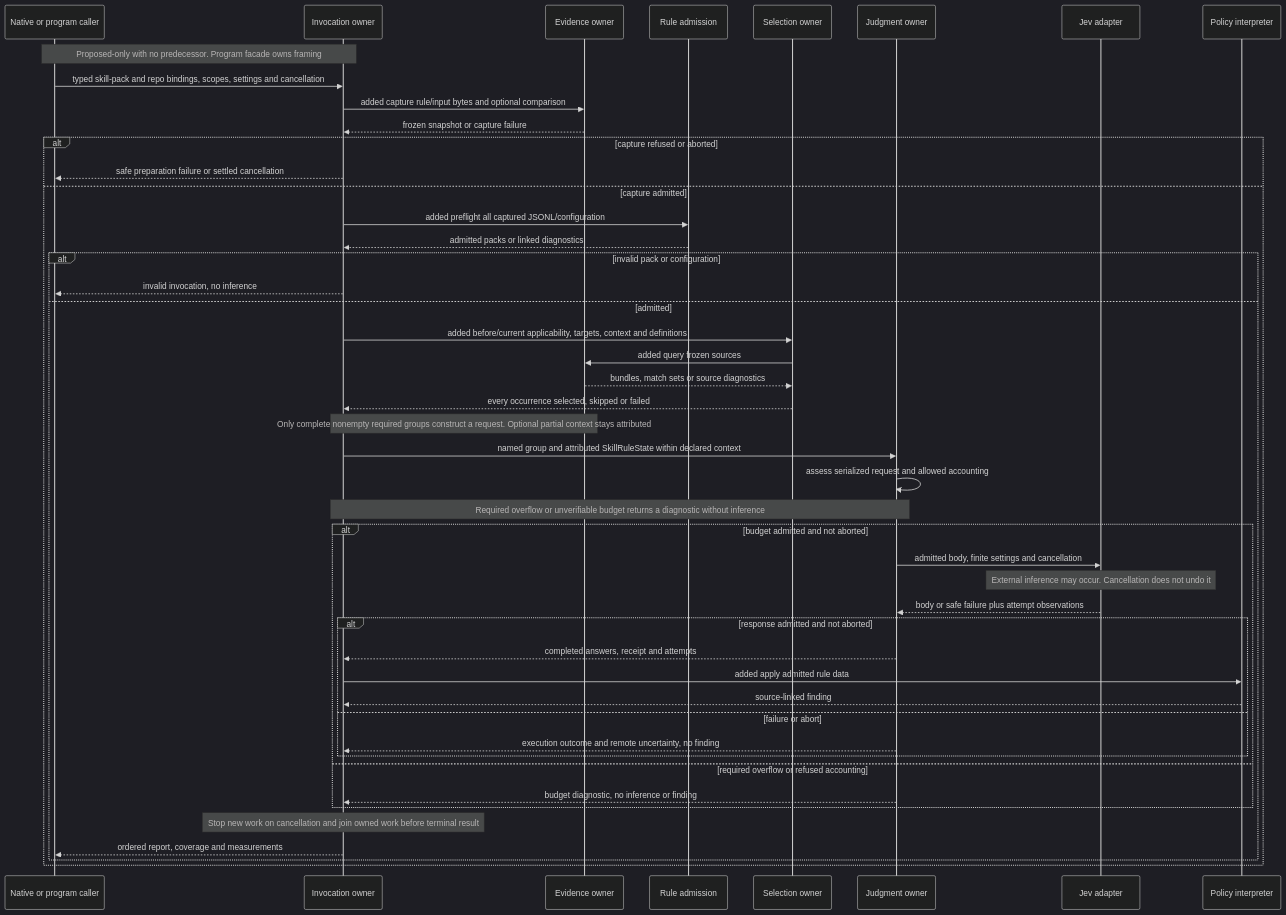
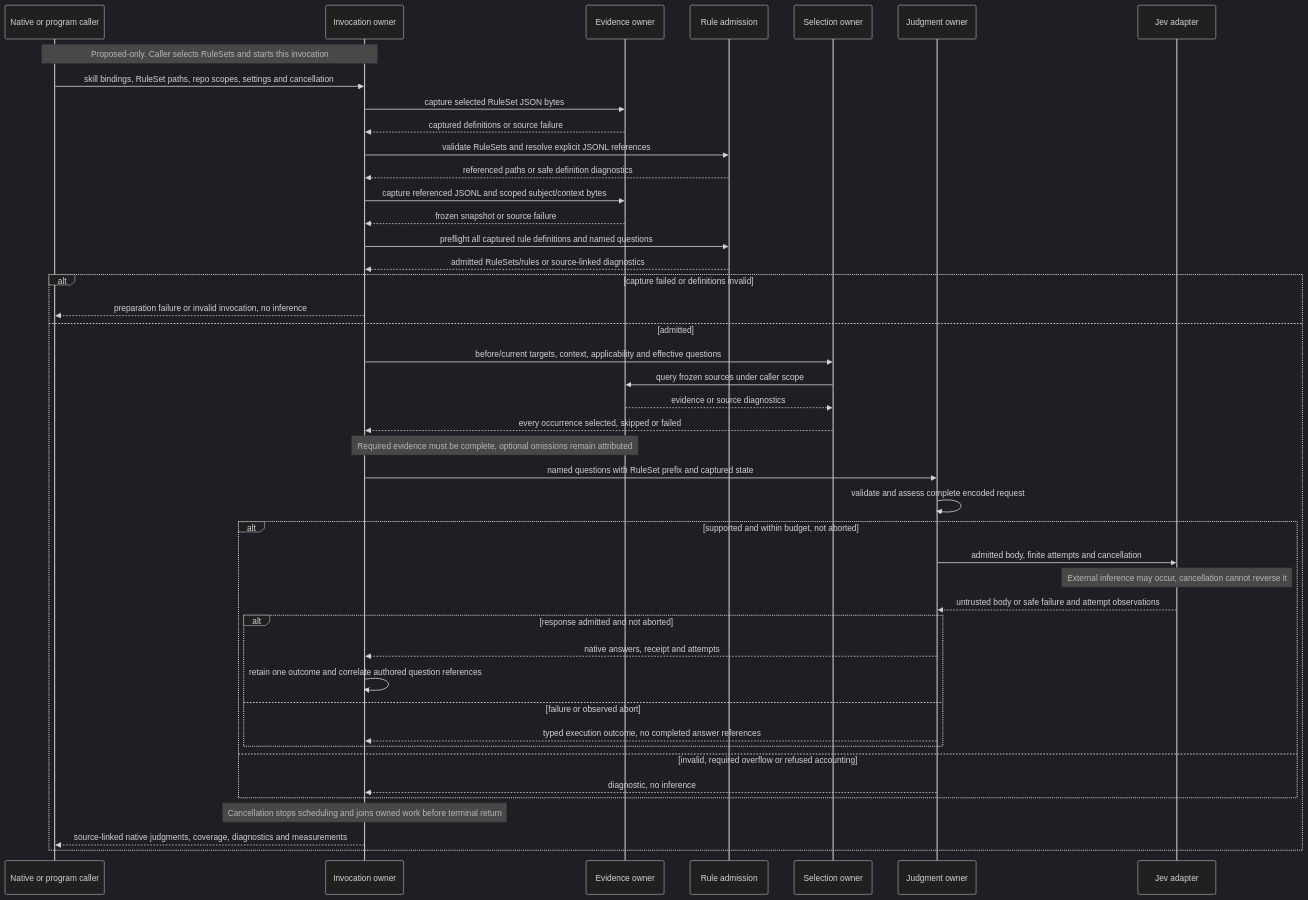
Before and after one commit to ShravanSunder/sunstack-tools: the diagram in docs/specs/2026-10-12-rust-rule-engine/assets/execution-sequence.mmd, drawn with Mermaid (dark theme). The commit also changed 32 other files, not shown here.

Commit message:
docs: define RuleSet schemas and reusable JSONL rules

```diff
--- a/docs/specs/2026-10-12-rust-rule-engine/assets/execution-sequence.mmd
+++ b/docs/specs/2026-10-12-rust-rule-engine/assets/execution-sequence.mmd
@@ -1,47 +1,44 @@
 sequenceDiagram
   participant Host as Native or program caller
   participant Run as Invocation owner
   participant Src as Evidence owner
   participant Rules as Rule admission
   participant Sel as Selection owner
   participant Judge as Judgment owner
   participant HTTP as Jev adapter
-  participant Policy as Policy interpreter
-  Note over Host,Run: Proposed-only with no predecessor. Program facade owns framing
-  Host->>Run: typed skill-pack and repo bindings, scopes, settings and cancellation
-  Run->>Src: added capture rule/input bytes and optional comparison
-  Src-->>Run: frozen snapshot or capture failure
-  alt capture refused or aborted
-    Run-->>Host: safe preparation failure or settled cancellation
-  else capture admitted
-    Run->>Rules: added preflight all captured JSONL/configuration
-    Rules-->>Run: admitted packs or linked diagnostics
-    alt invalid pack or configuration
-      Run-->>Host: invalid invocation, no inference
-    else admitted
-      Run->>Sel: added before/current applicability, targets, context and definitions
-      Sel->>Src: added query frozen sources
-      Src-->>Sel: bundles, match sets or source diagnostics
-      Sel-->>Run: every occurrence selected, skipped or failed
-      Note over Run,Src: Only complete nonempty required groups construct a request. Optional partial context stays attributed
-      Run->>Judge: named group and attributed SkillRuleState within declared context
-      Judge->>Judge: assess serialized request and allowed accounting
-      Note over Judge,Run: Required overflow or unverifiable budget returns a diagnostic without inference
-      alt budget admitted and not aborted
-        Judge->>HTTP: admitted body, finite settings and cancellation
-        Note over HTTP: External inference may occur. Cancellation does not undo it
-        HTTP-->>Judge: body or safe failure plus attempt observations
-        alt response admitted and not aborted
-          Judge-->>Run: completed answers, receipt and attempts
-          Run->>Policy: added apply admitted rule data
-          Policy-->>Run: source-linked finding
-        else failure or abort
-          Judge-->>Run: execution outcome and remote uncertainty, no finding
-        end
-      else required overflow or refused accounting
-        Judge-->>Run: budget diagnostic, no inference or finding
+  Note over Host,Run: Proposed-only. Caller selects RuleSets and starts this invocation
+  Host->>Run: skill bindings, RuleSet paths, repo scopes, settings and cancellation
+  Run->>Src: capture selected RuleSet JSON bytes
+  Src-->>Run: captured definitions or source failure
+  Run->>Rules: validate RuleSets and resolve explicit JSONL references
+  Rules-->>Run: referenced paths or safe definition diagnostics
+  Run->>Src: capture referenced JSONL and scoped subject/context bytes
+  Src-->>Run: frozen snapshot or source failure
+  Run->>Rules: preflight all captured rule definitions and named questions
+  Rules-->>Run: admitted RuleSets/rules or source-linked diagnostics
+  alt capture failed or definitions invalid
+    Run-->>Host: preparation failure or invalid invocation, no inference
+  else admitted
+    Run->>Sel: before/current targets, context, applicability and effective questions
+    Sel->>Src: query frozen sources under caller scope
+    Src-->>Sel: evidence or source diagnostics
+    Sel-->>Run: every occurrence selected, skipped or failed
+    Note over Run,Src: Required evidence must be complete, optional omissions remain attributed
+    Run->>Judge: named questions with RuleSet prefix and captured state
+    Judge->>Judge: validate and assess complete encoded request
+    alt supported and within budget, not aborted
+      Judge->>HTTP: admitted body, finite attempts and cancellation
+      Note over HTTP: External inference may occur, cancellation cannot reverse it
+      HTTP-->>Judge: untrusted body or safe failure and attempt observations
+      alt response admitted and not aborted
+        Judge-->>Run: native answers, receipt and attempts
+        Run->>Run: retain one outcome and correlate authored question references
+      else failure or observed abort
+        Judge-->>Run: typed execution outcome, no completed answer references
       end
-      Note over Run: Stop new work on cancellation and join owned work before terminal result
-      Run-->>Host: ordered report, coverage and measurements
+    else invalid, required overflow or refused accounting
+      Judge-->>Run: diagnostic, no inference
     end
+    Note over Run: Cancellation stops scheduling and joins owned work before terminal return
+    Run-->>Host: source-linked native judgments, coverage, diagnostics and measurements
   end
```
